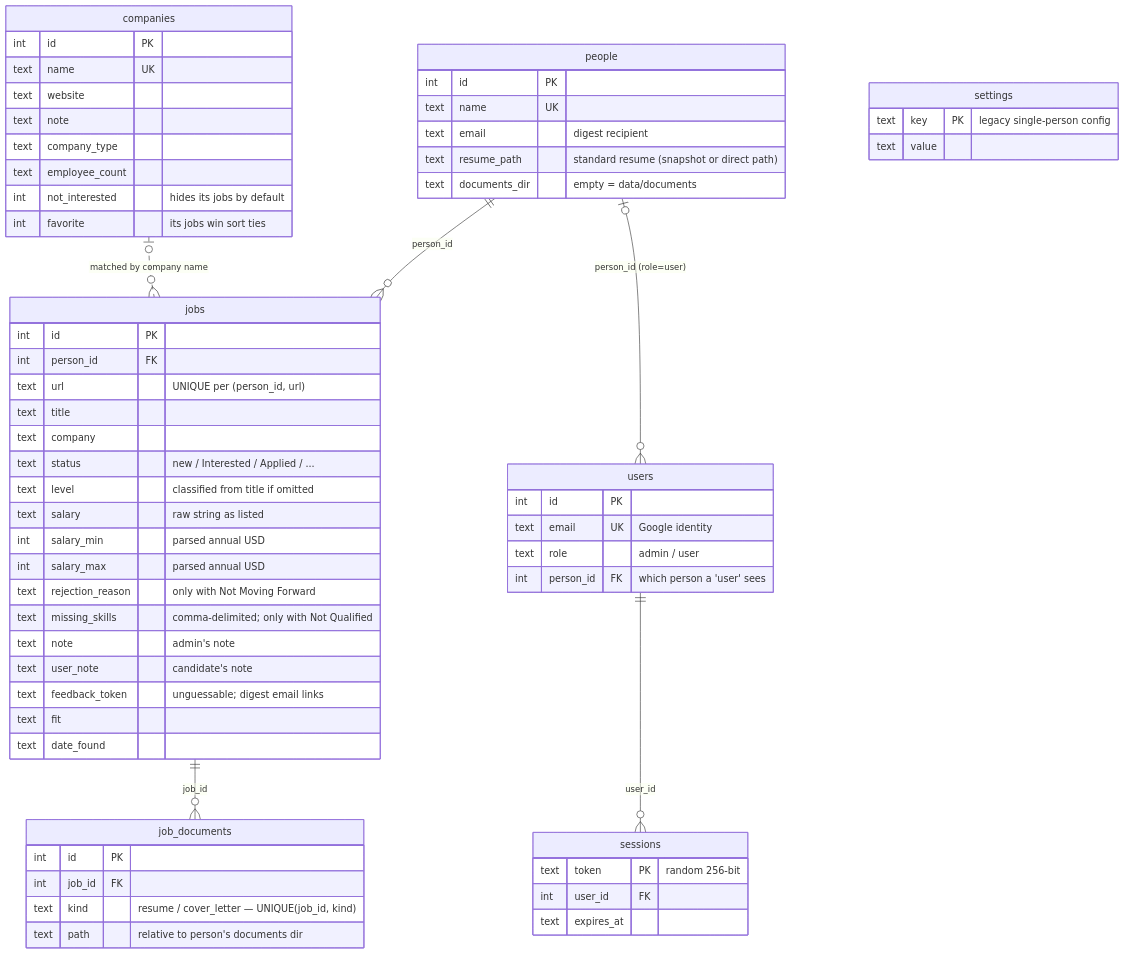
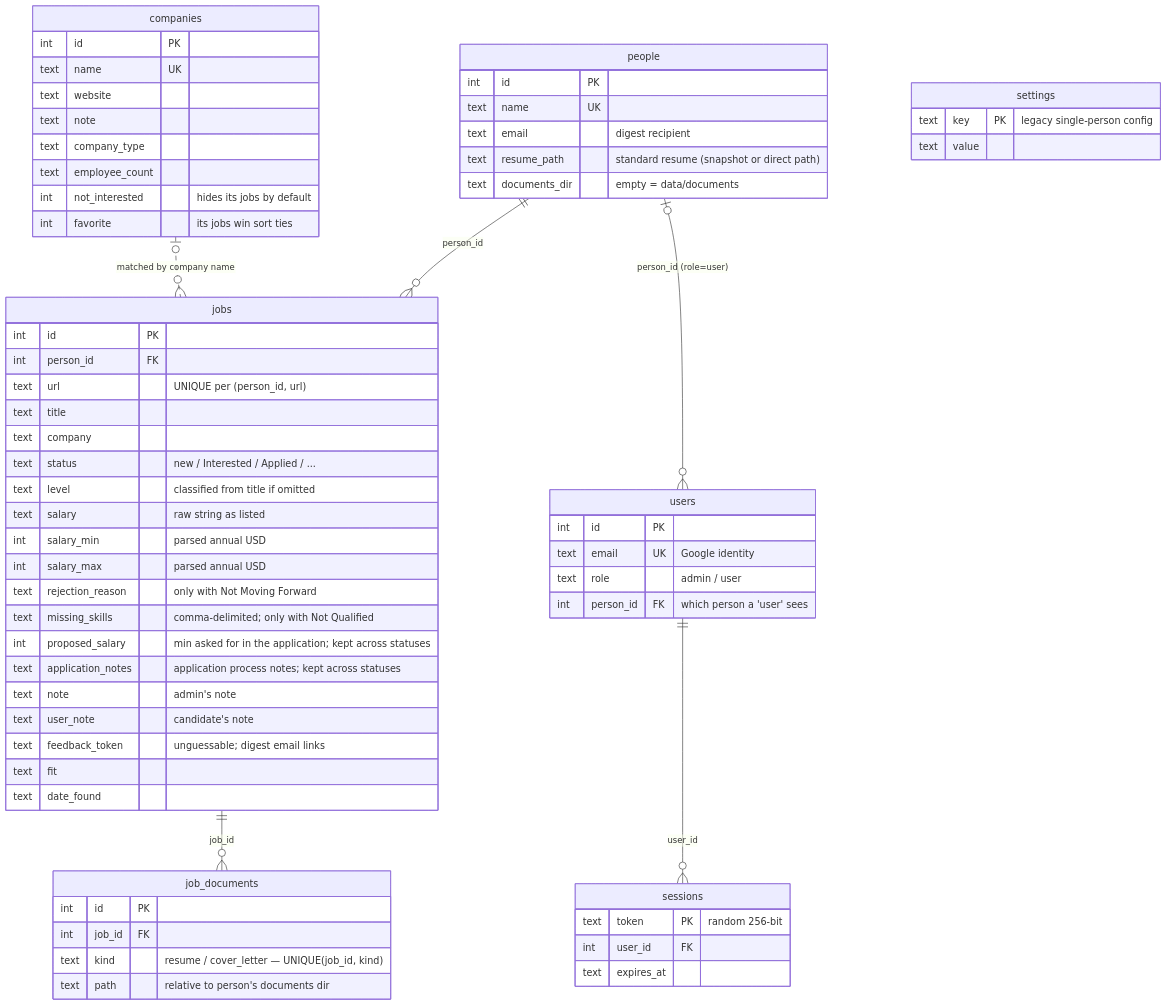
Before and after one commit to ianlee74/JobTracker: the third of 7 diagrams in Architecture.md, drawn with Mermaid. The commit also changed 9 other files, not shown here.

First line of the commit message:
Record a proposed salary and application notes when a job is Applied

````diff
--- a/Architecture.md
+++ b/Architecture.md
@@ -151,66 +151,68 @@
 ```mermaid
 erDiagram
     people ||--o{ jobs : "person_id"
     people |o--o{ users : "person_id (role=user)"
     users ||--o{ sessions : "user_id"
     jobs ||--o{ job_documents : "job_id"
     companies |o..o{ jobs : "matched by company name"
 
     people {
         int id PK
         text name UK
         text email "digest recipient"
         text resume_path "standard resume (snapshot or direct path)"
         text documents_dir "empty = data/documents"
     }
     users {
         int id PK
         text email UK "Google identity"
         text role "admin / user"
         int person_id FK "which person a 'user' sees"
     }
     sessions {
         text token PK "random 256-bit"
         int user_id FK
         text expires_at
     }
     jobs {
         int id PK
         int person_id FK
         text url "UNIQUE per (person_id, url)"
         text title
         text company
         text status "new / Interested / Applied / ..."
         text level "classified from title if omitted"
         text salary "raw string as listed"
         int salary_min "parsed annual USD"
         int salary_max "parsed annual USD"
         text rejection_reason "only with Not Moving Forward"
         text missing_skills "comma-delimited; only with Not Qualified"
+        int proposed_salary "min asked for in the application; kept across statuses"
+        text application_notes "application process notes; kept across statuses"
         text note "admin's note"
         text user_note "candidate's note"
         text feedback_token "unguessable; digest email links"
         text fit
         text date_found
     }
     companies {
         int id PK
         text name UK
         text website
         text note
         text company_type
         text employee_count
         int not_interested "hides its jobs by default"
         int favorite "its jobs win sort ties"
     }
     job_documents {
         int id PK
         int job_id FK
         text kind "resume / cover_letter — UNIQUE(job_id, kind)"
         text path "relative to person's documents dir"
     }
     settings {
         text key PK "legacy single-person config"
         text value
     }
 ```
````
